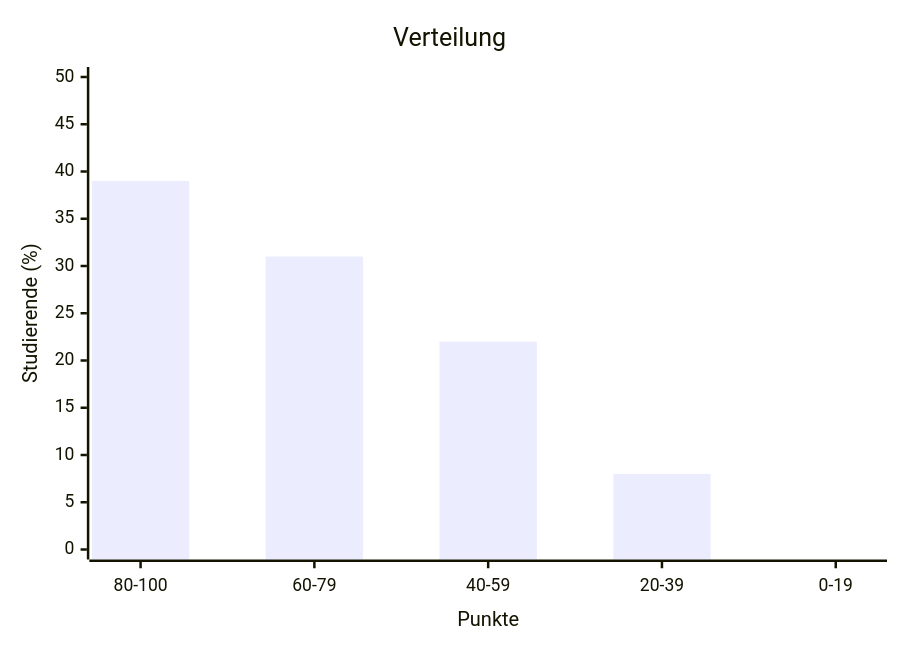
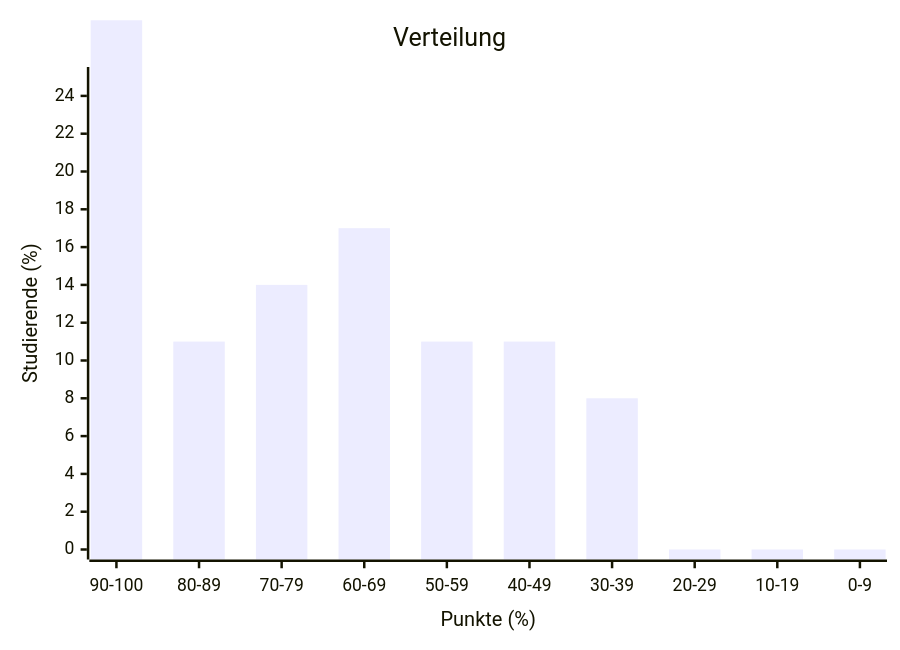
The first of 4 diagrams in docs/additional-material/daniel/coding1-wi/exam-results.md (jappuccini/java-docs), drawn with Mermaid before and after one commit. The commit also changed other lines of this file and 1 other file, not shown here.

````diff
--- a/docs/additional-material/daniel/coding1-wi/exam-results.md
+++ b/docs/additional-material/daniel/coding1-wi/exam-results.md
@@ -18,7 +23,7 @@
 ```mermaid
 xychart-beta
    title "Verteilung"
-   x-axis "Punkte" ["80-100", "60-79", "40-59", "20-39", "0-19"]
-   y-axis "Studierende (%)" 0 --> 50
-   bar [39, 31, 22, 8]
+   x-axis "Punkte (%)" ["90-100", "80-89", "70-79", "60-69", "50-59", "40-49", "30-39", "20-29", "10-19", "0-9"]
+   y-axis "Studierende (%)" 0 --> 25
+   bar [28, 11, 14, 17, 11, 11, 8, 0, 0, 0]
 ```
````
